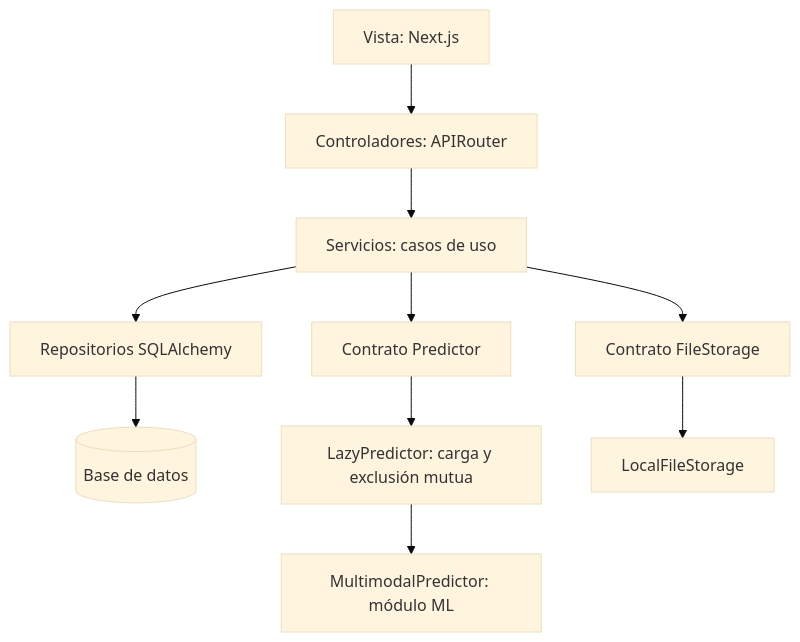
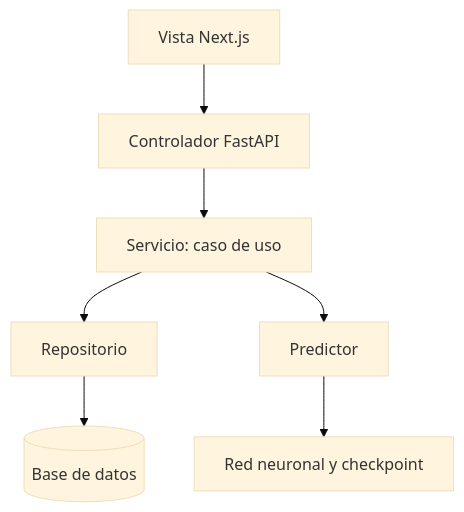
Before and after one commit to ValentinFranco08/BolivarReporte: the first of 2 diagrams in docs/ARQUITECTURA.md, drawn with Mermaid (base theme). The commit also changed other lines of this file and 44 other files, not shown here.

````diff
--- a/docs/ARQUITECTURA.md
+++ b/docs/ARQUITECTURA.md
@@ -7,12 +15,9 @@
 ```mermaid
 flowchart TD
-    View[Vista: Next.js] --> Controller[Controladores: APIRouter]
-    Controller --> Service[Servicios: casos de uso]
-    Service --> Repository[Repositorios SQLAlchemy]
-    Repository --> DB[(Base de datos)]
-    Service --> Contract[Contrato Predictor]
-    Contract --> Lazy[LazyPredictor: carga y exclusión mutua]
-    Lazy --> ML[MultimodalPredictor: módulo ML]
-    Service --> Storage[Contrato FileStorage]
-    Storage --> Local[LocalFileStorage]
+    V[Vista Next.js] --> C[Controlador FastAPI]
+    C --> S[Servicio: caso de uso]
+    S --> R[Repositorio]
+    R --> D[(Base de datos)]
+    S --> P[Predictor]
+    P --> N[Red neuronal y checkpoint]
 ```
````
